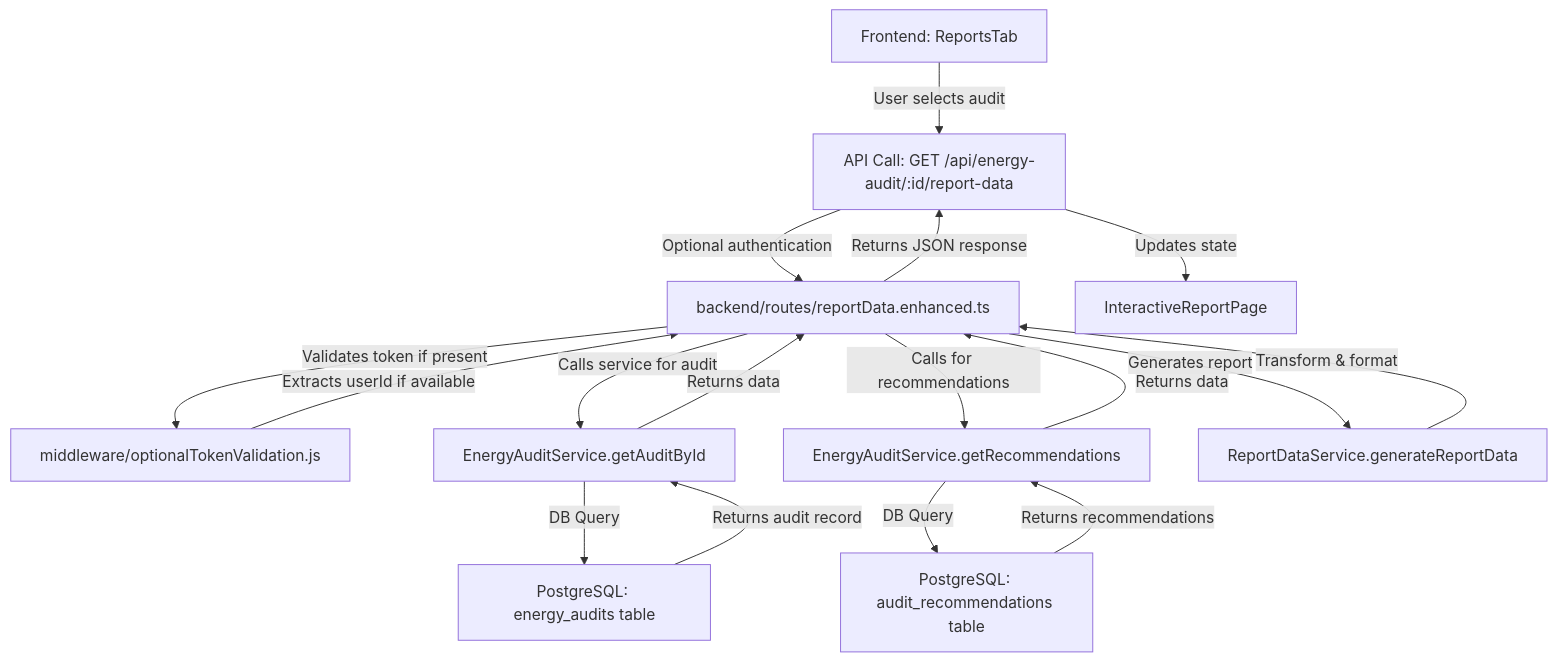
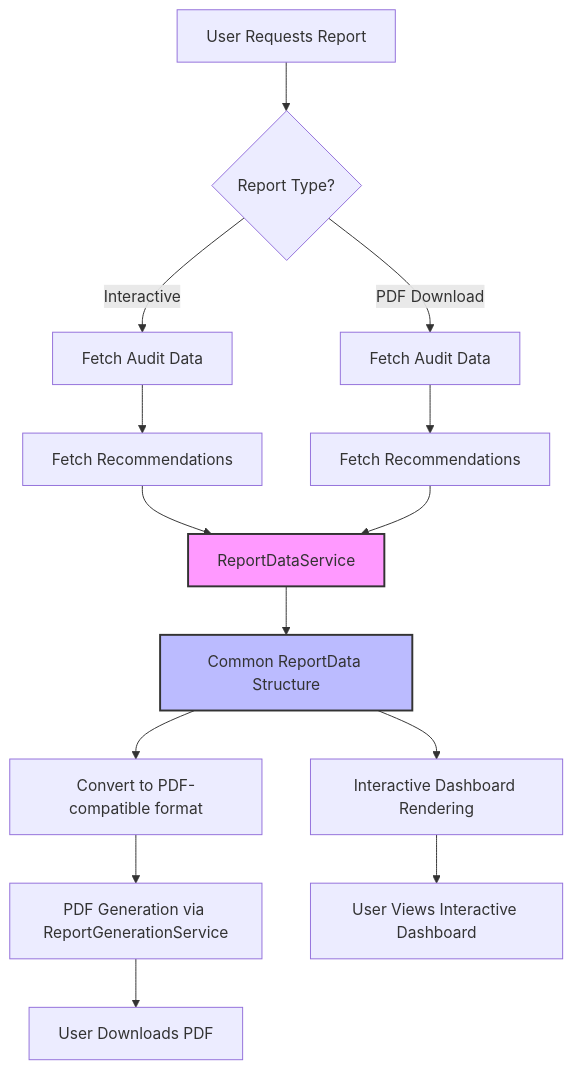
One commit to DavaughnHoots/energy-audit-store changed the diagram in energy-audit-vault/data_flows/report_data_flow.md. Above: the diagram before and after it, drawn with Mermaid. The commit also changed other lines of this file and 3 other files, not shown here.

Commit message:
Fix PDF report generation to ensure consistency with dashboard data

````diff
--- a/energy-audit-vault/data_flows/report_data_flow.md
+++ b/energy-audit-vault/data_flows/report_data_flow.md
@@ -17,19 +18,25 @@
 ```mermaid
 graph TD
-    A[Frontend: ReportsTab] -->|User selects audit| B[API Call: GET /api/energy-audit/:id/report-data]
-    B -->|Optional authentication| C[backend/routes/reportData.enhanced.ts]
-    C -->|Validates token if present| D[middleware/optionalTokenValidation.js]
-    D -->|Extracts userId if available| C
-    C -->|Calls service for audit| E[EnergyAuditService.getAuditById]
-    E -->|DB Query| F[PostgreSQL: energy_audits table]
-    F -->|Returns audit record| E
-    E -->|Returns data| C
-    C -->|Calls for recommendations| G[EnergyAuditService.getRecommendations]
-    G -->|DB Query| H[PostgreSQL: audit_recommendations table]
-    H -->|Returns recommendations| G
-    G -->|Returns data| C
-    C -->|Generates report| I[ReportDataService.generateReportData]
-    I -->|Transform & format| C
-    C -->|Returns JSON response| B
-    B -->|Updates state| J[InteractiveReportPage]
+    A[User Requests Report] --> B{Report Type?}
+    B -->|Interactive| C[Fetch Audit Data]
+    B -->|PDF Download| D[Fetch Audit Data]
+    
+    C --> E[Fetch Recommendations]
+    D --> F[Fetch Recommendations]
+    
+    E --> G[ReportDataService]
+    F --> G
+    
+    G --> H[Common ReportData Structure]
+    
+    H --> I[Interactive Dashboard Rendering]
+    H --> J[Convert to PDF-compatible format]
+    
+    J --> K[PDF Generation via ReportGenerationService]
+    
+    I --> L[User Views Interactive Dashboard]
+    K --> M[User Downloads PDF]
+
+    style G fill:#f9f,stroke:#333,stroke-width:2px
+    style H fill:#bbf,stroke:#333,stroke-width:2px
 ```
````
